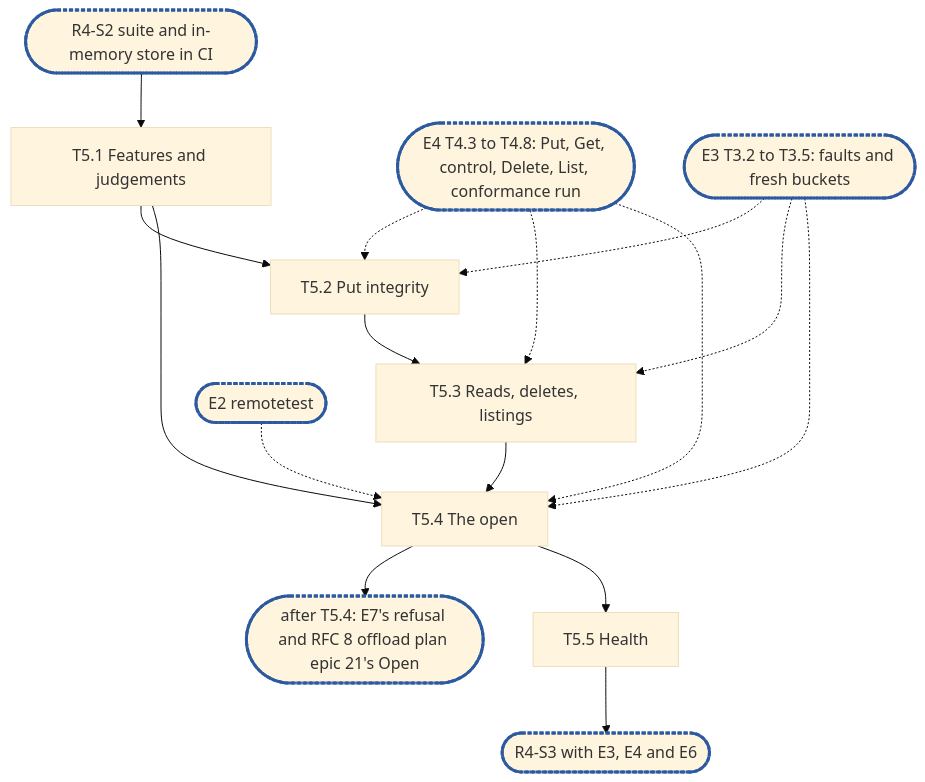
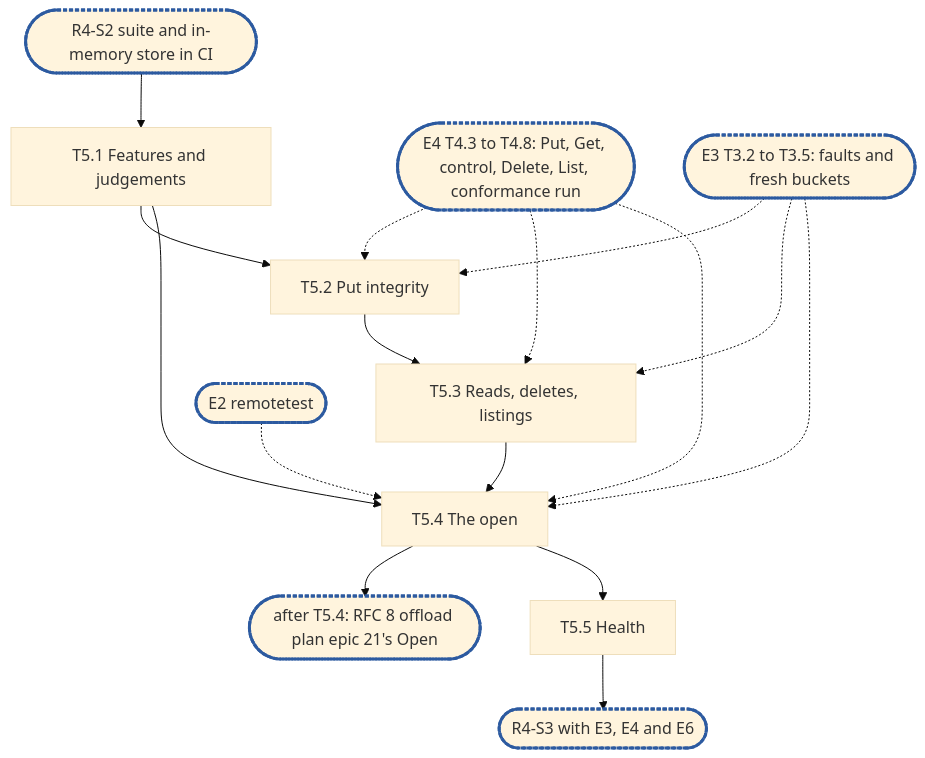
The diagram in .planning/rfc-4-remote-tier-epic5.md (cubbit/dittofs), drawn with Mermaid (base theme) before and after one commit. The commit also changed other lines of this file and 3 other files, not shown here.

Commit message:
docs(planning): RFC 4 epic 7, fold the three review passes

````diff
--- a/.planning/rfc-4-remote-tier-epic5.md
+++ b/.planning/rfc-4-remote-tier-epic5.md
@@ -581,14 +581,14 @@
 ```mermaid
 flowchart TD
   S2(["R4-S2 suite and in-memory store in CI"]):::sync --> T5_1["T5.1 Features and judgements"]
   E4(["E4 T4.3 to T4.8: Put, Get, control, Delete, List, conformance run"]):::sync -.-> T5_2 & T5_3 & T5_4
   E3(["E3 T3.2 to T3.5: faults and fresh buckets"]):::sync -.-> T5_2 & T5_3 & T5_4
   E2(["E2 remotetest"]):::sync -.-> T5_4
   T5_1 --> T5_2["T5.2 Put integrity"]
   T5_2 --> T5_3["T5.3 Reads, deletes, listings"]
   T5_1 & T5_3 --> T5_4["T5.4 The open"]
-  T5_4 --> C1(["after T5.4: E7's refusal and RFC 8 offload plan epic 21's Open"]):::sync
+  T5_4 --> C1(["after T5.4: RFC 8 offload plan epic 21's Open"]):::sync
   T5_4 --> T5_5["T5.5 Health"]
   T5_5 --> S3(["R4-S3 with E3, E4 and E6"]):::sync
   classDef sync stroke:#2c5aa0,stroke-width:3px,stroke-dasharray:4 2
 ```
````
